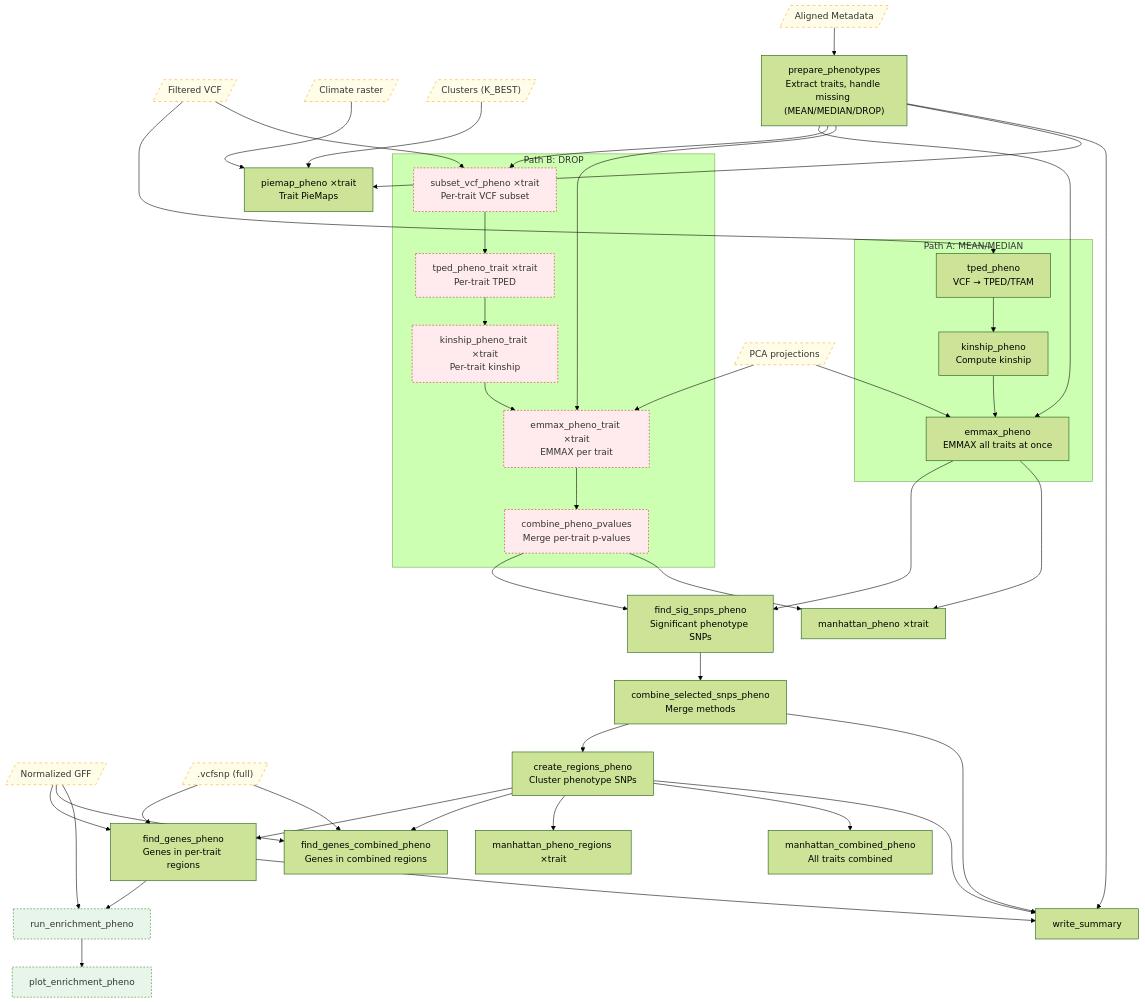
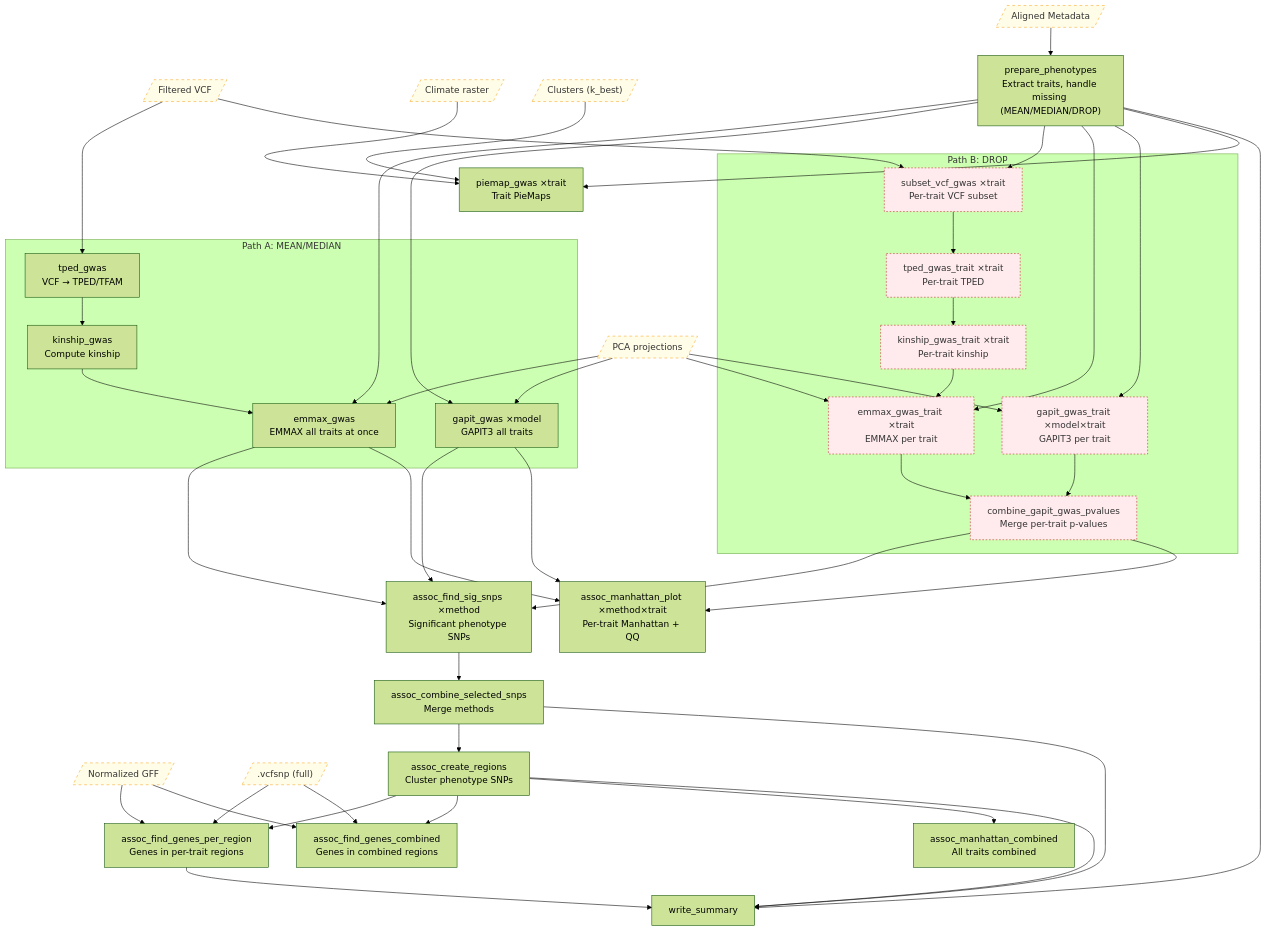
The sixth of 8 diagrams in docs/pipeline_dag.md (hubner-lab/ADAPTOGENE), drawn with Mermaid (forest theme) before and after one commit. The commit also changed other lines of this file and 3 other files, not shown here.

````diff
--- a/docs/pipeline_dag.md
+++ b/docs/pipeline_dag.md
@@ -279,63 +269,60 @@
 ```mermaid
 flowchart TB
     classDef data fill:#FFFDE7,stroke:#F9A825,color:#333,stroke-dasharray:5 5
-    classDef enrich fill:#E8F5E9,stroke:#2E7D32,color:#333,stroke-dasharray:3 3
     classDef drop fill:#FFEBEE,stroke:#C62828,color:#333,stroke-dasharray:3 3
 
     META[/"Aligned Metadata"/]:::data
     VCF_FILT[/"Filtered VCF"/]:::data
     PCA[/"PCA projections"/]:::data
     GFF[/"Normalized GFF"/]:::data
     VCFSNP[/".vcfsnp (full)"/]:::data
     CLIMATE[/"Climate raster"/]:::data
-    CLUST[/"Clusters (K_BEST)"/]:::data
+    CLUST[/"Clusters (k_best)"/]:::data
 
     prep["prepare_phenotypes\nExtract traits, handle missing (MEAN/MEDIAN/DROP)"]
 
     subgraph pathA["Path A: MEAN/MEDIAN"]
-        tped_a["tped_pheno\nVCF → TPED/TFAM"]
-        kin_a["kinship_pheno\nCompute kinship"]
-        emmax_a["emmax_pheno\nEMMAX all traits at once"]
+        tped_a["tped_gwas\nVCF → TPED/TFAM"]
+        kin_a["kinship_gwas\nCompute kinship"]
+        emmax_a["emmax_gwas\nEMMAX all traits at once"]
+        gapit_a["gapit_gwas ×model\nGAPIT3 all traits"]
     end
 
     subgraph pathB["Path B: DROP"]
-        subset["subset_vcf_pheno ×trait\nPer-trait VCF subset"]:::drop
-        tped_b["tped_pheno_trait ×trait\nPer-trait TPED"]:::drop
-        kin_b["kinship_pheno_trait ×trait\nPer-trait kinship"]:::drop
-        emmax_b["emmax_pheno_trait ×trait\nEMMAX per trait"]:::drop
-        combine_pv["combine_pheno_pvalues\nMerge per-trait p-values"]:::drop
+        subset["subset_vcf_gwas ×trait\nPer-trait VCF subset"]:::drop
+        tped_b["tped_gwas_trait ×trait\nPer-trait TPED"]:::drop
+        kin_b["kinship_gwas_trait ×trait\nPer-trait kinship"]:::drop
+        emmax_b["emmax_gwas_trait ×trait\nEMMAX per trait"]:::drop
+        gapit_b["gapit_gwas_trait ×model×trait\nGAPIT3 per trait"]:::drop
+        combine_pv["combine_gapit_gwas_pvalues\nMerge per-trait p-values"]:::drop
     end
 
-    sig["find_sig_snps_pheno\nSignificant phenotype SNPs"]
-    combine_sel["combine_selected_snps_pheno\nMerge methods"]
-    reg["create_regions_pheno\nCluster phenotype SNPs"]
-    genes_p["find_genes_pheno\nGenes in per-trait regions"]
-    genes_pc["find_genes_combined_pheno\nGenes in combined regions"]
-    enrichment_p["run_enrichment_pheno"]:::enrich
-    enrich_plots_p["plot_enrichment_pheno"]:::enrich
-    manh_p["manhattan_pheno ×trait"]
-    manh_pr["manhattan_pheno_regions ×trait"]
-    manh_pc["manhattan_combined_pheno\nAll traits combined"]
-    piemap_p["piemap_pheno ×trait\nTrait PieMaps"]
+    sig["assoc_find_sig_snps ×method\nSignificant phenotype SNPs"]
+    combine_sel["assoc_combine_selected_snps\nMerge methods"]
+    reg["assoc_create_regions\nCluster phenotype SNPs"]
+    genes_p["assoc_find_genes_per_region\nGenes in per-trait regions"]
+    genes_pc["assoc_find_genes_combined\nGenes in combined regions"]
+    manh_p["assoc_manhattan_plot ×method×trait\nPer-trait Manhattan + QQ"]
+    manh_pc["assoc_manhattan_combined\nAll traits combined"]
+    piemap_p["piemap_gwas ×trait\nTrait PieMaps"]
     summary["write_summary"]
 
     META --> prep
     VCF_FILT --> tped_a --> kin_a --> emmax_a
-    PCA --> emmax_a & emmax_b
-    prep --> emmax_a
+    PCA --> emmax_a & emmax_b & gapit_a & gapit_b
+    prep --> emmax_a & gapit_a
 
     VCF_FILT & prep --> subset --> tped_b --> kin_b --> emmax_b
-    prep --> emmax_b
-    emmax_b --> combine_pv
+    prep --> emmax_b & gapit_b
+    emmax_b & gapit_b --> combine_pv
 
-    emmax_a & combine_pv --> sig --> combine_sel --> reg
-    reg --> genes_p & genes_pc & manh_pr & manh_pc
-    GFF --> genes_p & genes_pc & enrichment_p
+    emmax_a & gapit_a & combine_pv --> sig --> combine_sel --> reg
+    reg --> genes_p & genes_pc & manh_pc
+    GFF --> genes_p & genes_pc
     VCFSNP --> genes_p & genes_pc
-    genes_p --> enrichment_p --> enrich_plots_p
-    emmax_a & combine_pv --> manh_p
+    emmax_a & gapit_a & combine_pv --> manh_p
     CLIMATE --> piemap_p
     CLUST --> piemap_p
     prep --> piemap_p
     prep & combine_sel & reg & genes_p --> summary
 ```
````
